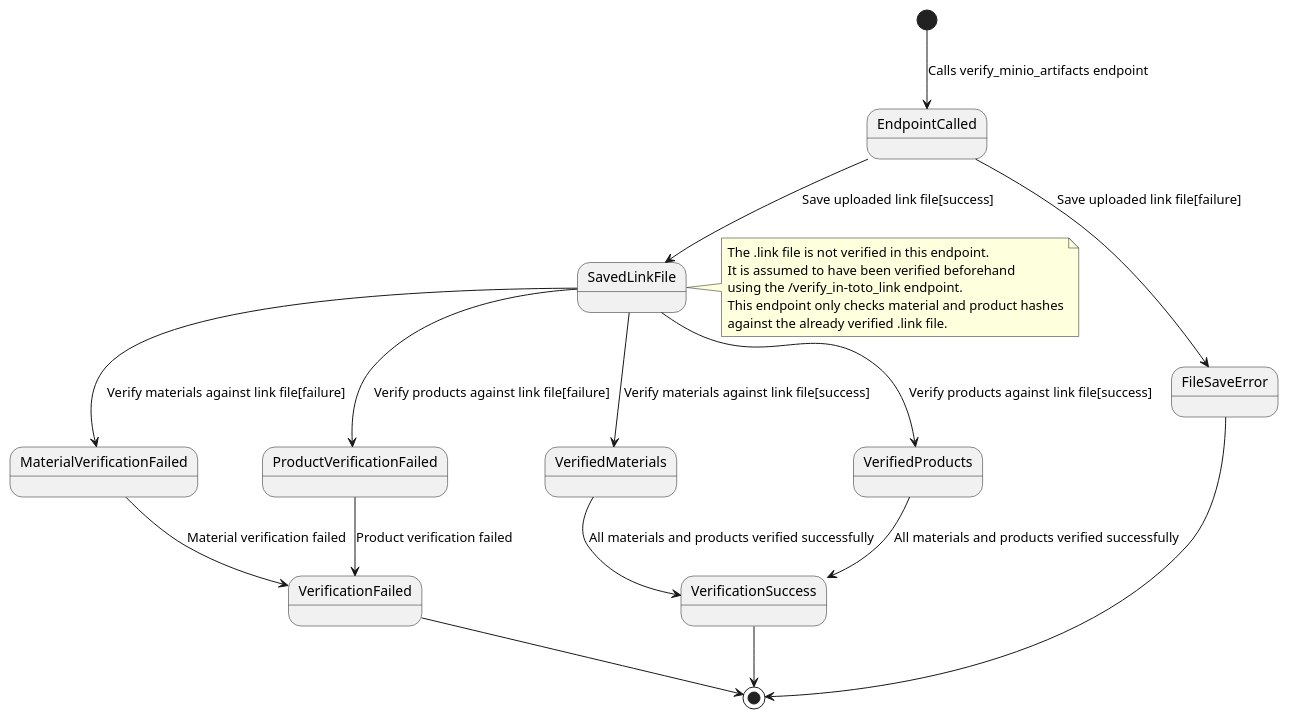
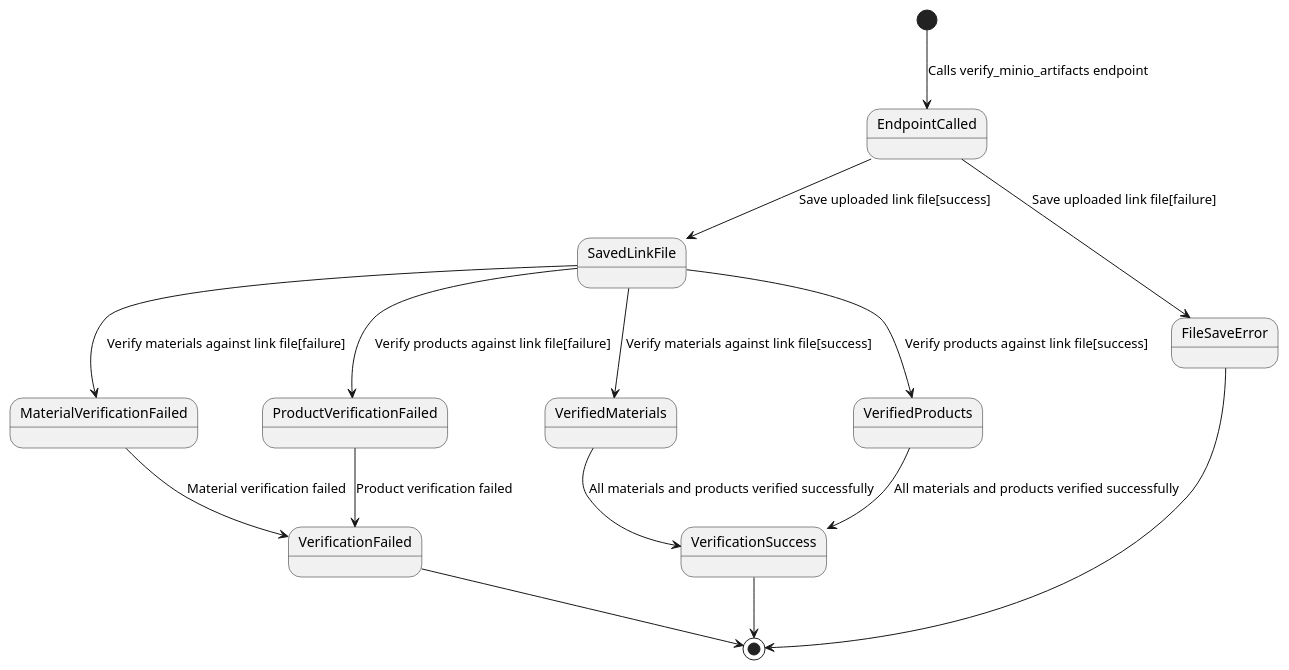
The diagram in docs/diagrams/state/state_verifiy_minio_artifacts.puml (wiebe-vandendriessche/AIBoMGen), drawn with PlantUML before and after one commit. The commit also changed 9 other files, not shown here.

Commit message:
make diagrams without the notes (not readable in thesis)

```diff
--- a/docs/diagrams/state/state_verifiy_minio_artifacts.puml
+++ b/docs/diagrams/state/state_verifiy_minio_artifacts.puml
@@ -1,29 +1,21 @@
 @startuml state_verify_minio_artifacts
 
 [*] --> EndpointCalled : Calls verify_minio_artifacts endpoint
 EndpointCalled --> SavedLinkFile : Save uploaded link file[success]
 EndpointCalled --> FileSaveError : Save uploaded link file[failure]
 
 SavedLinkFile --> VerifiedMaterials : Verify materials against link file[success]
 SavedLinkFile --> MaterialVerificationFailed : Verify materials against link file[failure]
 SavedLinkFile --> VerifiedProducts : Verify products against link file[success]
 SavedLinkFile --> ProductVerificationFailed : Verify products against link file[failure]
 
 VerifiedMaterials --> VerificationSuccess : All materials and products verified successfully
 VerifiedProducts --> VerificationSuccess : All materials and products verified successfully
 MaterialVerificationFailed --> VerificationFailed : Material verification failed
 ProductVerificationFailed --> VerificationFailed : Product verification failed
 
 FileSaveError --> [*]
 VerificationSuccess --> [*]
 VerificationFailed --> [*]
 
-note right of SavedLinkFile
-The .link file is not verified in this endpoint.
-It is assumed to have been verified beforehand
-using the /verify_in-toto_link endpoint.
-This endpoint only checks material and product hashes
-against the already verified .link file.
-end note
-
 @enduml
```
